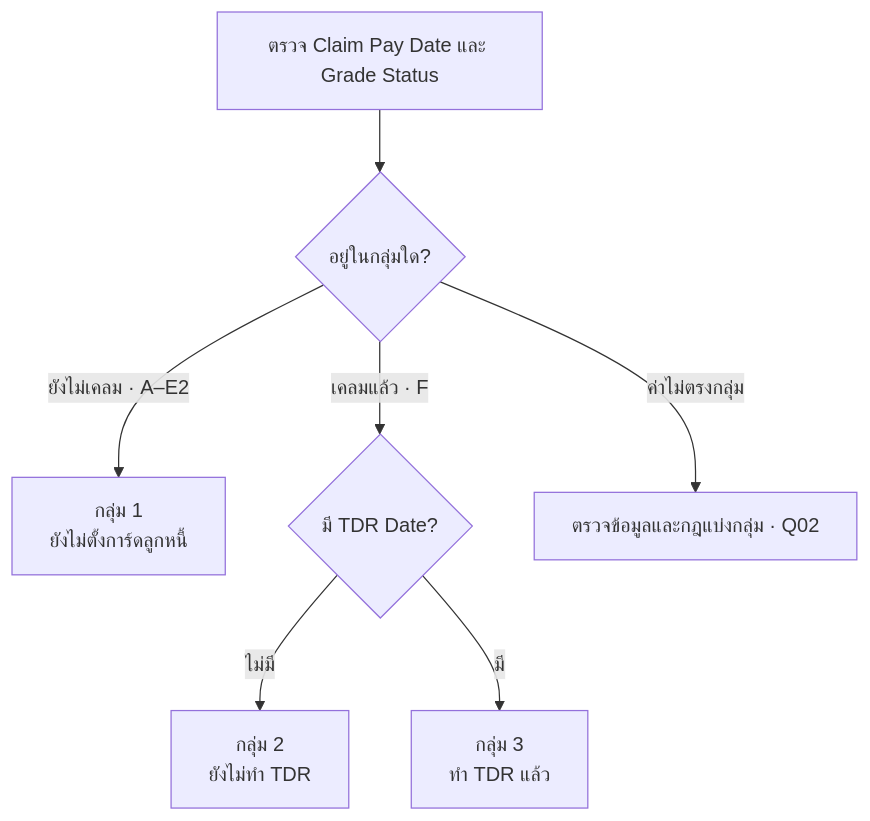
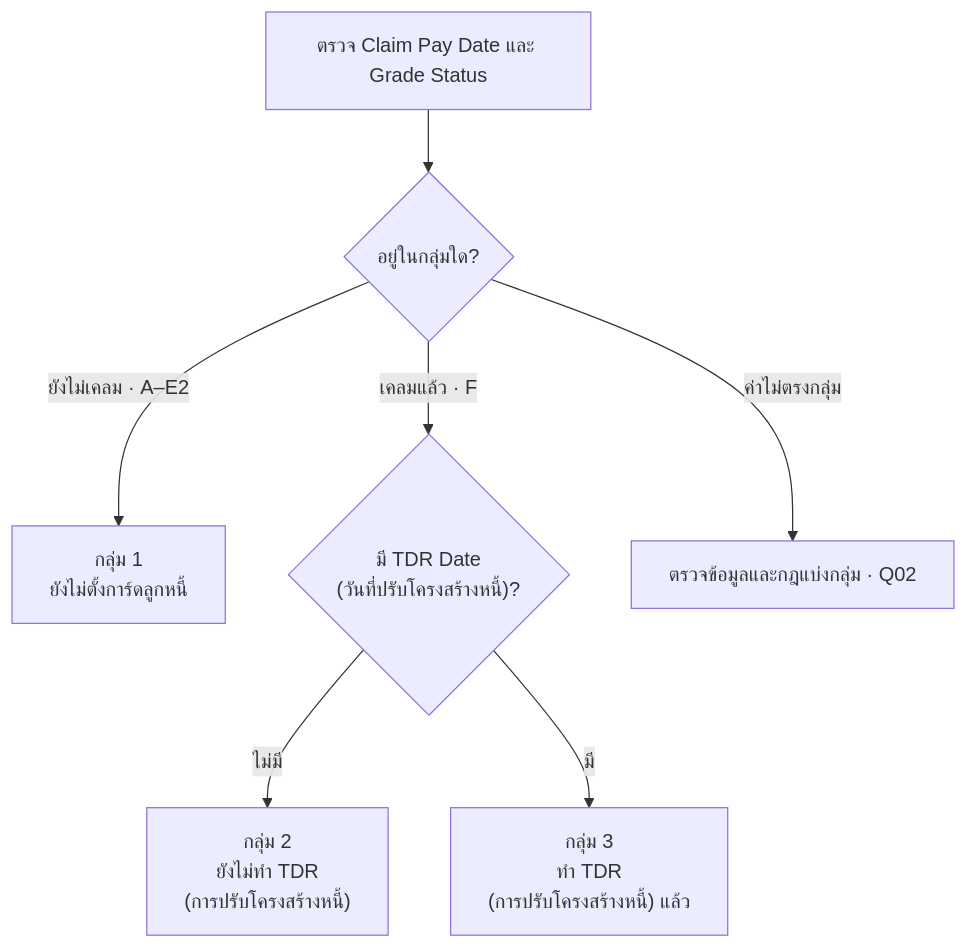
Before and after one commit to yukasung/eodncb: the first of 10 diagrams in app/account-status/page.mdx, drawn with Mermaid. The commit also changed other lines of this file and 14 other files, not shown here.

````diff
--- a/app/account-status/page.mdx
+++ b/app/account-status/page.mdx
@@ -27,9 +27,9 @@
 ```mermaid
 flowchart TD
     A[ตรวจ Claim Pay Date และ Grade Status] --> B{อยู่ในกลุ่มใด?}
     B -->|ยังไม่เคลม · A–E2| C[กลุ่ม 1<br/>ยังไม่ตั้งการ์ดลูกหนี้]
-    B -->|เคลมแล้ว · F| D{มี TDR Date?}
-    D -->|ไม่มี| E[กลุ่ม 2<br/>ยังไม่ทำ TDR]
-    D -->|มี| F[กลุ่ม 3<br/>ทำ TDR แล้ว]
+    B -->|เคลมแล้ว · F| D{"มี TDR Date<br/>(วันที่ปรับโครงสร้างหนี้)?"}
+    D -->|ไม่มี| E["กลุ่ม 2<br/>ยังไม่ทำ TDR<br/>(การปรับโครงสร้างหนี้)"]
+    D -->|มี| F["กลุ่ม 3<br/>ทำ TDR<br/>(การปรับโครงสร้างหนี้) แล้ว"]
     B -->|ค่าไม่ตรงกลุ่ม| G[ตรวจข้อมูลและกฎแบ่งกลุ่ม · Q02]
 ```
````
